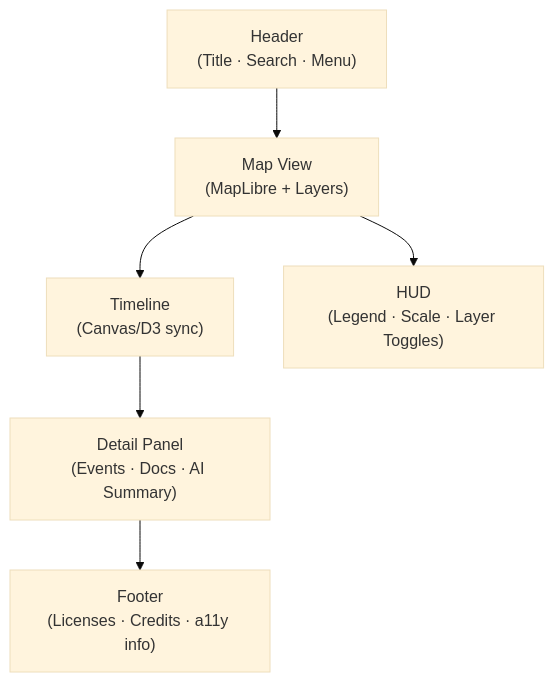
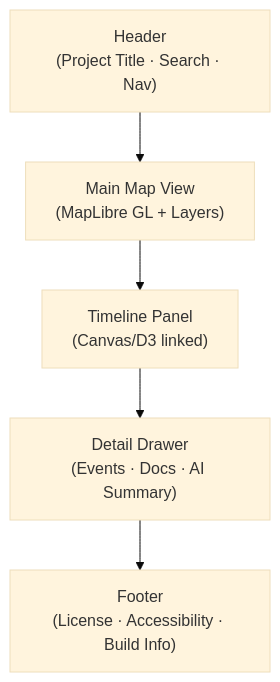
Before and after one commit to bartytime4life/Kansas-Frontier-Matrix: the second of 2 diagrams in docs/design/ui-guidelines.md, drawn with Mermaid (base theme). The commit also changed other lines of this file, not shown here.

````diff
--- a/docs/design/ui-guidelines.md
+++ b/docs/design/ui-guidelines.md
@@ -71,8 +146,7 @@
 ```mermaid
 flowchart TD
-    A["Header\n(Title · Search · Menu)"] --> B["Map View\n(MapLibre + Layers)"]
-    B --> C["Timeline\n(Canvas/D3 sync)"]
-    C --> D["Detail Panel\n(Events · Docs · AI Summary)"]
-    D --> E["Footer\n(Licenses · Credits · a11y info)"]
-    B --> F["HUD\n(Legend · Scale · Layer Toggles)"]
+  A["Header\n(Project Title · Search · Nav)"] --> B["Main Map View\n(MapLibre GL + Layers)"]
+  B --> C["Timeline Panel\n(Canvas/D3 linked)"]
+  C --> D["Detail Drawer\n(Events · Docs · AI Summary)"]
+  D --> E["Footer\n(License · Accessibility · Build Info)"]
 ```
````
